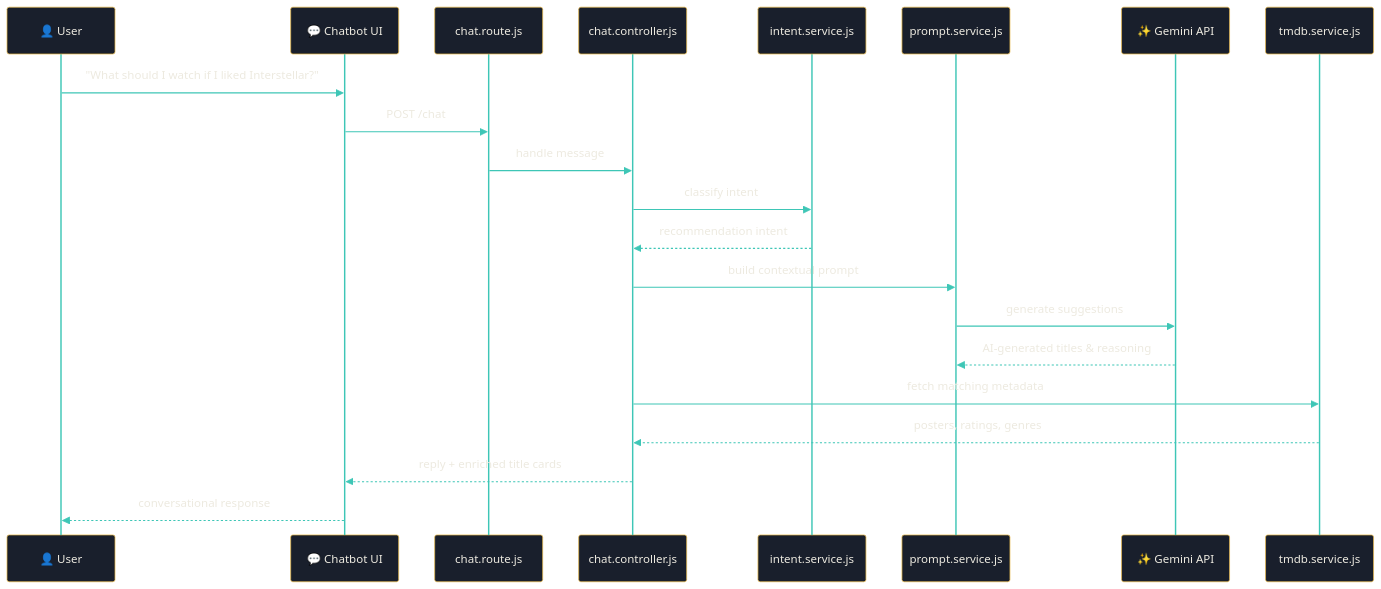
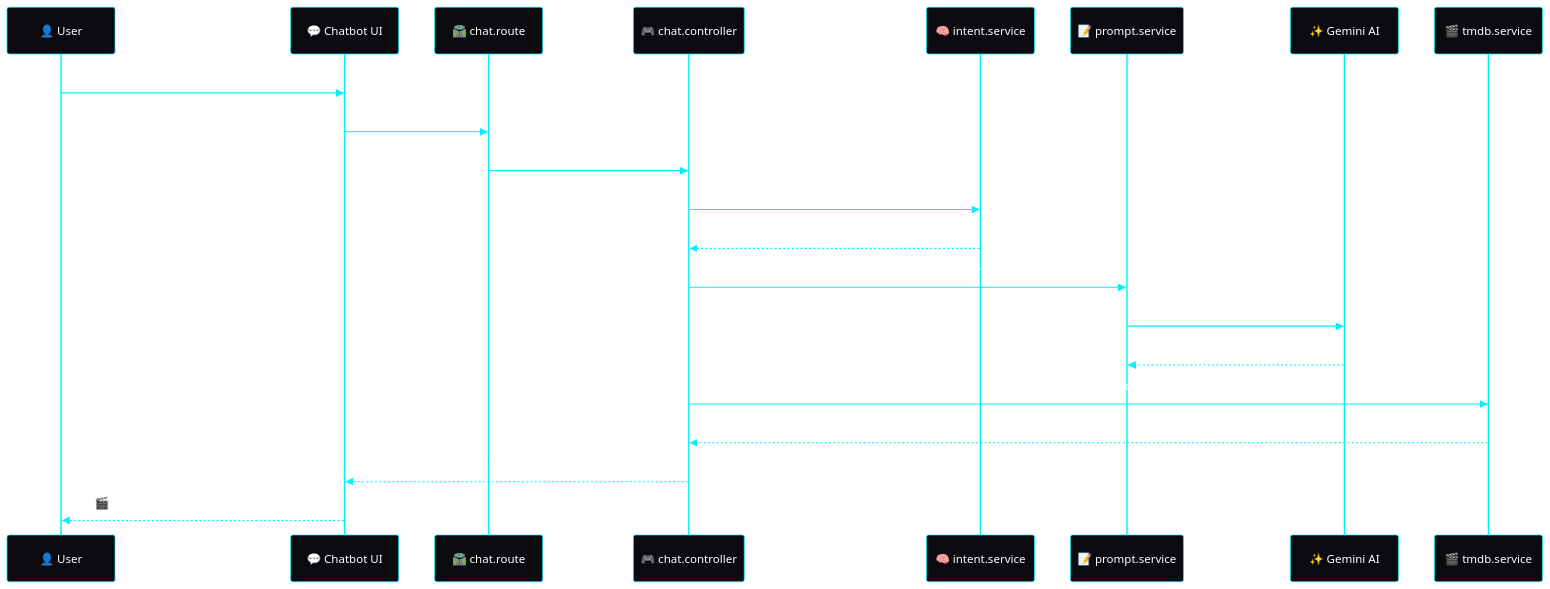
One commit to shiva122019/WatchVerse changed the third of 4 diagrams in readme.md. Above: the diagram before and after it, drawn with Mermaid. The commit also changed other lines of this file, not shown here.

Commit message:
docs: complete README rewrite with animated badges, mermaid diagrams, and comprehensive feature docs

````diff
--- a/readme.md
+++ b/readme.md
@@ -226,39 +410,34 @@
 ```mermaid
 %%{init: {'theme':'base', 'themeVariables': {
-  'actorBkg': '#191f2c',
-  'actorBorder': '#e8b84b',
-  'actorTextColor': '#edeae0',
-  'actorLineColor': '#3ec6b6',
-  'signalColor': '#3ec6b6',
-  'signalTextColor': '#edeae0',
-  'labelBoxBkgColor': '#a78bfa',
-  'labelBoxBorderColor': '#5b3fa0',
-  'labelTextColor': '#0b0e14',
-  'noteBkgColor': '#e8b84b',
-  'noteTextColor': '#0b0e14',
-  'noteBorderColor': '#8a6f2e',
-  'sequenceNumberColor': '#0b0e14'
+  'actorBkg': '#0a0a0f',
+  'actorBorder': '#00F0FF',
+  'actorTextColor': '#ffffff',
+  'signalColor': '#00F0FF',
+  'signalTextColor': '#ffffff',
+  'noteBkgColor': '#FFB300',
+  'noteTextColor': '#000000',
+  'noteBorderColor': '#AA7700'
 }}}%%
 sequenceDiagram
     participant U as 👤 User
     participant FE as 💬 Chatbot UI
-    participant R as chat.route.js
-    participant C as chat.controller.js
-    participant I as intent.service.js
-    participant P as prompt.service.js
-    participant G as ✨ Gemini API
-    participant T as tmdb.service.js
+    participant R as 🛣️ chat.route
+    participant C as 🎮 chat.controller
+    participant I as 🧠 intent.service
+    participant P as 📝 prompt.service
+    participant G as ✨ Gemini AI
+    participant T as 🎬 tmdb.service
 
     U->>FE: "What should I watch if I liked Interstellar?"
-    FE->>R: POST /chat
-    R->>C: handle message
-    C->>I: classify intent
-    I-->>C: recommendation intent
-    C->>P: build contextual prompt
-    P->>G: generate suggestions
-    G-->>P: AI-generated titles & reasoning
-    C->>T: fetch matching metadata
-    T-->>C: posters, ratings, genres
-    C-->>FE: reply + enriched title cards
-    FE-->>U: conversational response
+    FE->>R: POST /api/chat
+    R->>C: handle(message, sessionId)
+    C->>I: classifyIntent(message)
+    I-->>C: { intent: "recommendation", context: "sci-fi" }
+    C->>P: buildPrompt(intent, history, library)
+    P->>G: generateContent(prompt)
+    G-->>P: AI-generated titles + reasoning
+    C->>T: fetchMetadata(titles[])
+    T-->>C: posters, ratings, genres, overviews
+    C-->>FE: { reply, cards: [...enrichedResults] }
+    FE-->>U: 🎬 Interactive movie cards + explanation
 ```
````
